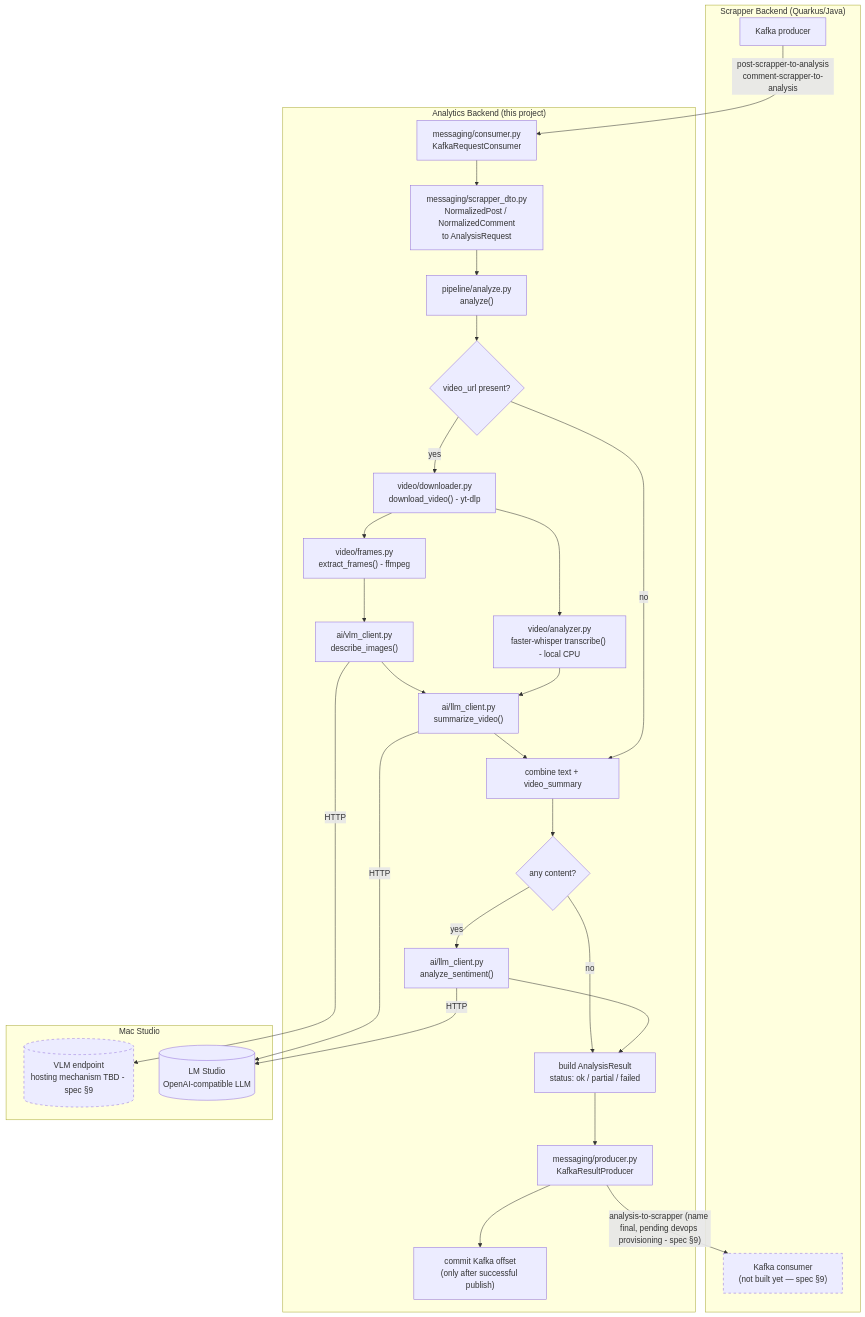
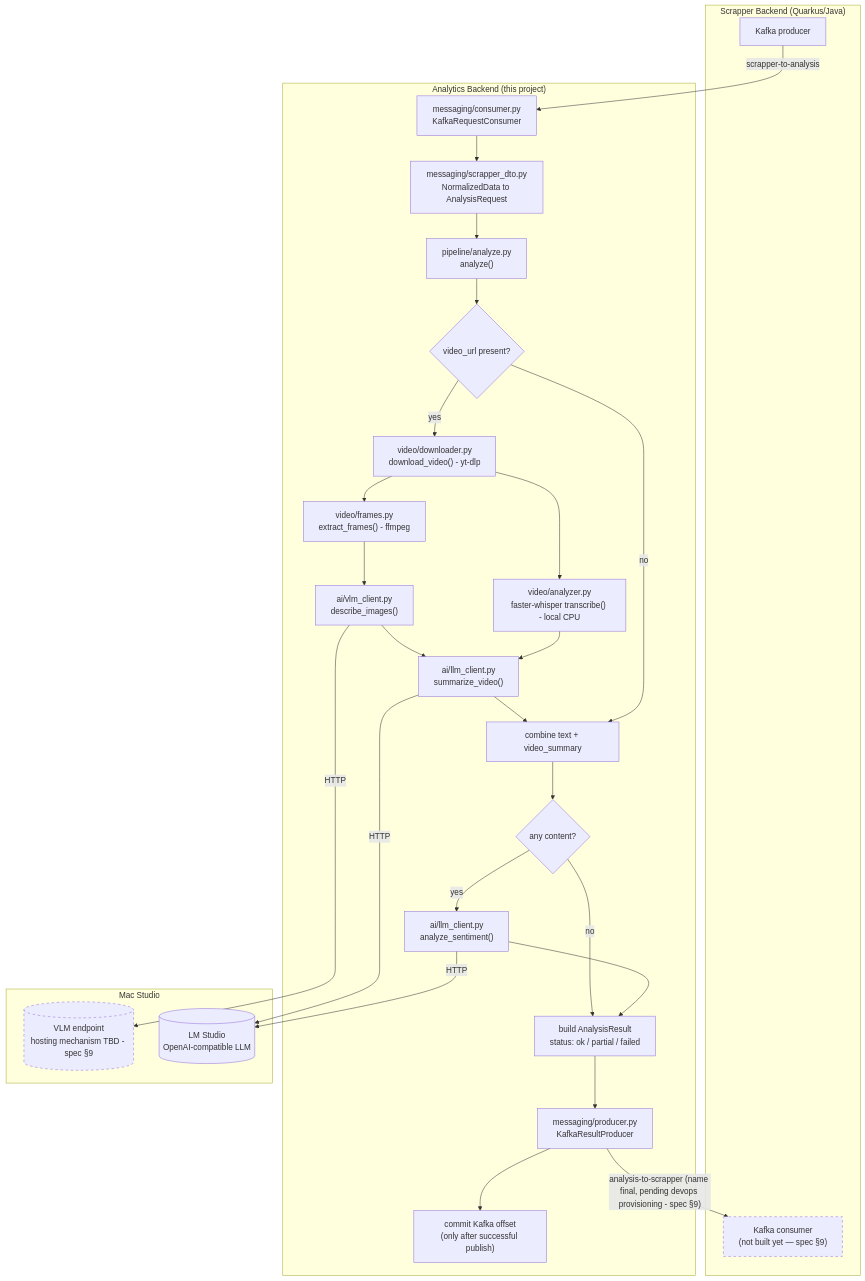
Before and after one commit to ekisparemail-ctrl/analyzer-sentiment: the diagram in docs/superpowers/specs/2026-09-14-analytics-backend-design.md, drawn with Mermaid. The commit also changed other lines of this file and 9 other files, not shown here.

First line of the commit message:
feat: consume the merged scrapper-to-analysis Kafka topic

````diff
--- a/docs/superpowers/specs/2026-09-14-analytics-backend-design.md
+++ b/docs/superpowers/specs/2026-09-14-analytics-backend-design.md
@@ -195,56 +195,56 @@
 ```mermaid
 flowchart TD
     subgraph SB["Scrapper Backend (Quarkus/Java)"]
         SBOut["Kafka producer"]
         SBIn["Kafka consumer<br/>(not built yet — spec §9)"]
     end
 
     subgraph AB["Analytics Backend (this project)"]
         Consumer["messaging/consumer.py<br/>KafkaRequestConsumer"]
-        Translate["messaging/scrapper_dto.py<br/>NormalizedPost / NormalizedComment<br/>to AnalysisRequest"]
+        Translate["messaging/scrapper_dto.py<br/>NormalizedData to AnalysisRequest"]
         Pipeline["pipeline/analyze.py<br/>analyze()"]
         HasVideo{"video_url present?"}
         Download["video/downloader.py<br/>download_video() - yt-dlp"]
         Frames["video/frames.py<br/>extract_frames() - ffmpeg"]
         VlmCall["ai/vlm_client.py<br/>describe_images()"]
         Transcribe["video/analyzer.py<br/>faster-whisper transcribe() - local CPU"]
         SummarizeVideo["ai/llm_client.py<br/>summarize_video()"]
         Combine["combine text + video_summary"]
         HasContent{"any content?"}
         Sentiment["ai/llm_client.py<br/>analyze_sentiment()"]
         BuildResult["build AnalysisResult<br/>status: ok / partial / failed"]
         Producer["messaging/producer.py<br/>KafkaResultProducer"]
         Commit["commit Kafka offset<br/>(only after successful publish)"]
     end
 
     subgraph MS["Mac Studio"]
         VLM[("VLM endpoint<br/>hosting mechanism TBD - spec §9")]
         LLM[("LM Studio<br/>OpenAI-compatible LLM")]
     end
 
-    SBOut -->|"post-scrapper-to-analysis<br/>comment-scrapper-to-analysis"| Consumer
+    SBOut -->|"scrapper-to-analysis"| Consumer
     Consumer --> Translate
     Translate --> Pipeline
     Pipeline --> HasVideo
     HasVideo -->|"yes"| Download
     Download --> Frames
     Frames --> VlmCall
     VlmCall -->|"HTTP"| VLM
     Download --> Transcribe
     VlmCall --> SummarizeVideo
     Transcribe --> SummarizeVideo
     SummarizeVideo -->|"HTTP"| LLM
     SummarizeVideo --> Combine
     HasVideo -->|"no"| Combine
     Combine --> HasContent
     HasContent -->|"no"| BuildResult
     HasContent -->|"yes"| Sentiment
     Sentiment -->|"HTTP"| LLM
     Sentiment --> BuildResult
     BuildResult --> Producer
     Producer -->|"analysis-to-scrapper (name final, pending devops provisioning - spec §9)"| SBIn
     Producer --> Commit
 
     style SBIn stroke-dasharray: 5 5
     style VLM stroke-dasharray: 5 5
 ```
````
